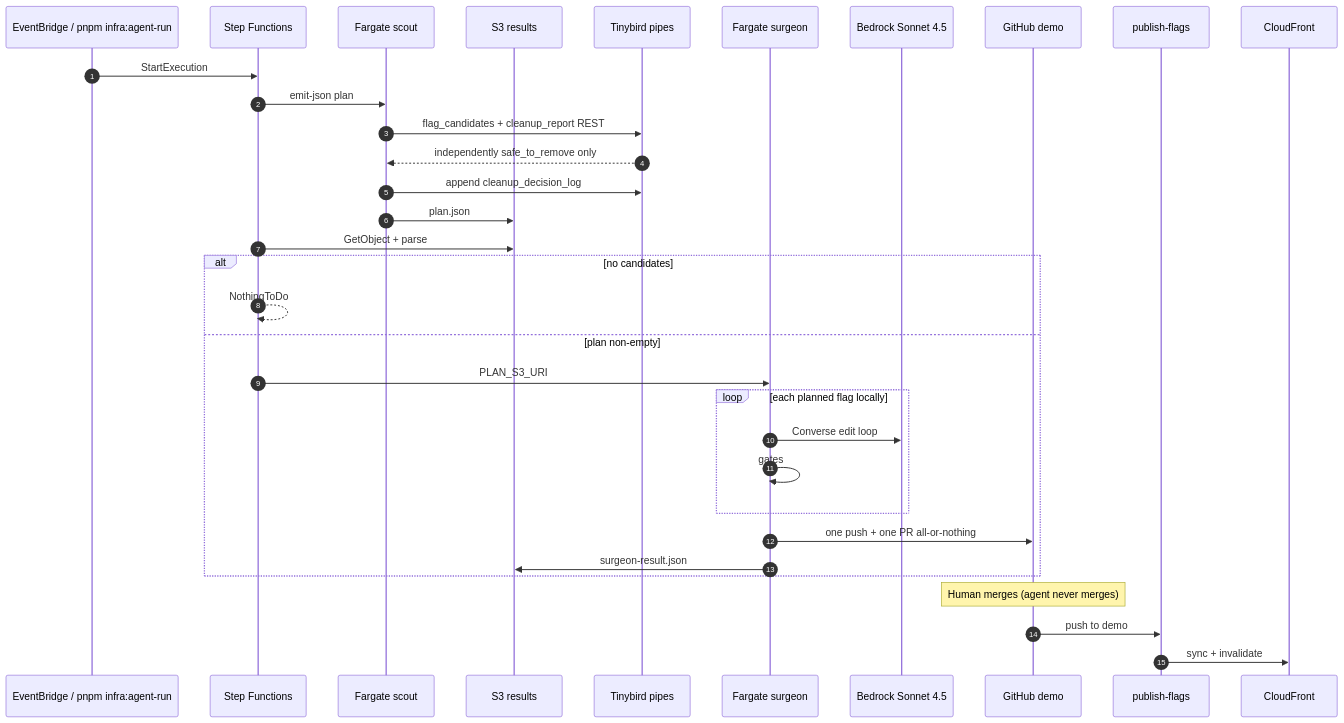
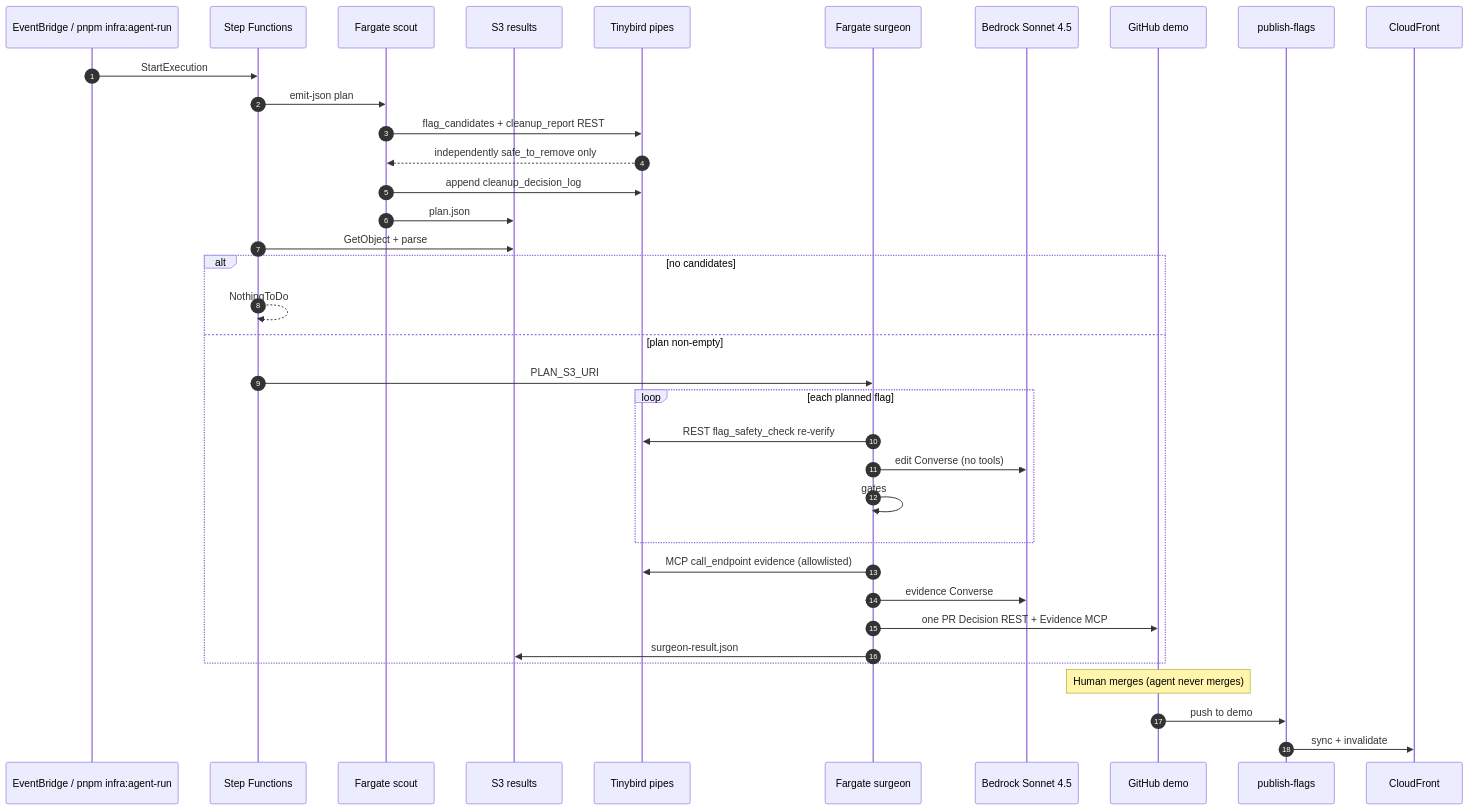
Before and after one commit to lucamezzalira/stale-flag-cleanup: the third of 3 diagrams in README.md, drawn with Mermaid. The commit also changed other lines of this file and 9 other files, not shown here.

````diff
--- a/README.md
+++ b/README.md
@@ -144,36 +151,39 @@
 ```mermaid
 sequenceDiagram
   autonumber
   participant Sch as EventBridge / pnpm infra:agent-run
   participant SFN as Step Functions
   participant Scout as Fargate scout
   participant S3 as S3 results
   participant TB as Tinybird pipes
   participant Surg as Fargate surgeon
   participant Bedrock as Bedrock Sonnet 4.5
   participant GH as GitHub demo
   participant GHA as publish-flags
   participant CDN as CloudFront
 
   Sch->>SFN: StartExecution
   SFN->>Scout: emit-json plan
   Scout->>TB: flag_candidates + cleanup_report REST
   TB-->>Scout: independently safe_to_remove only
   Scout->>TB: append cleanup_decision_log
   Scout->>S3: plan.json
   SFN->>S3: GetObject + parse
   alt no candidates
     SFN-->>SFN: NothingToDo
   else plan non-empty
     SFN->>Surg: PLAN_S3_URI
-    loop each planned flag locally
-      Surg->>Bedrock: Converse edit loop
+    loop each planned flag
+      Surg->>TB: REST flag_safety_check re-verify
+      Surg->>Bedrock: edit Converse (no tools)
       Surg->>Surg: gates
     end
-    Surg->>GH: one push + one PR all-or-nothing
+    Surg->>TB: MCP call_endpoint evidence (allowlisted)
+    Surg->>Bedrock: evidence Converse
+    Surg->>GH: one PR Decision REST + Evidence MCP
     Surg->>S3: surgeon-result.json
   end
   Note over GH: Human merges (agent never merges)
   GH->>GHA: push to demo
   GHA->>CDN: sync + invalidate
 ```
````
